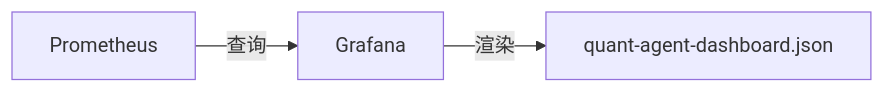
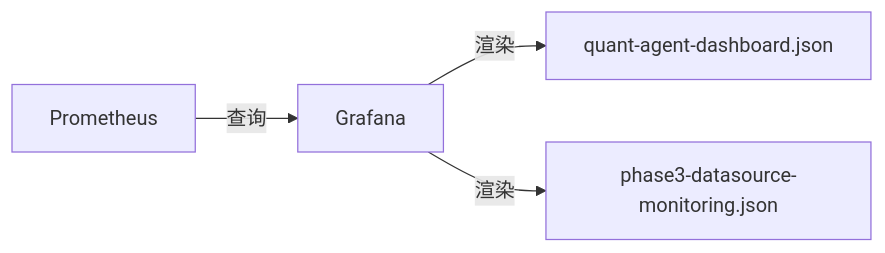
Before and after one commit to songlinhe5-lab/quant_agent: the fourth of 9 diagrams in .qoder/repowiki/zh/content/实时监控与告警/实时监控与告警.md, drawn with Mermaid. The commit also changed other lines of this file and 294 other files, not shown here.

````diff
--- a/.qoder/repowiki/zh/content/实时监控与告警/实时监控与告警.md
+++ b/.qoder/repowiki/zh/content/实时监控与告警/实时监控与告警.md
@@ -175,5 +202,6 @@
 ```mermaid
 graph LR
 P["Prometheus"] --> |查询| G["Grafana"]
 G --> |渲染| D["quant-agent-dashboard.json"]
+G --> |渲染| D3["phase3-datasource-monitoring.json"]
 ```
````
